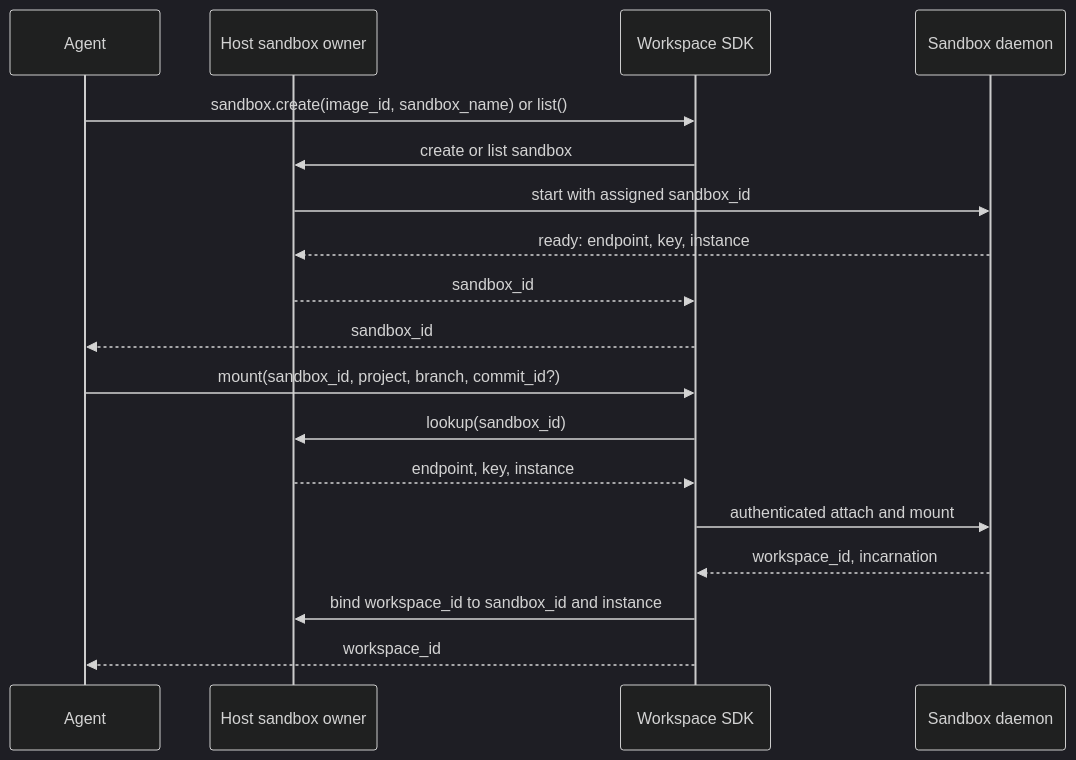
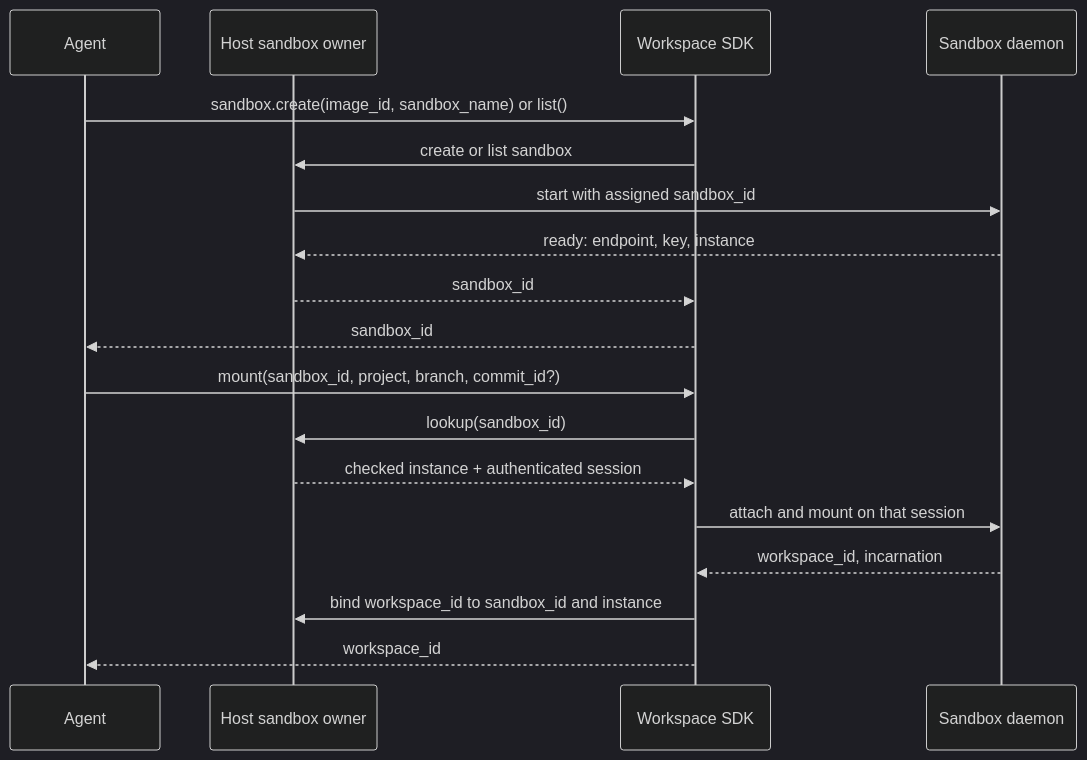
One commit to Ephemeral-AI-Lab/layerfs changed the diagram in core/docs/issues/236/sdk-implementation.md. Above: the diagram before and after it, drawn with Mermaid (dark theme). The commit also changed other lines of this file and 4 other files, not shown here.

First line of the commit message:
perf(core): reuse checked control session for Workspace calls

````diff
--- a/core/docs/issues/236/sdk-implementation.md
+++ b/core/docs/issues/236/sdk-implementation.md
@@ -60,20 +63,20 @@
 ```mermaid
 sequenceDiagram
     participant Agent
     participant Owner as Host sandbox owner
     participant SDK as Workspace SDK
     participant Daemon as Sandbox daemon
     Agent->>SDK: sandbox.create(image_id, sandbox_name) or list()
     SDK->>Owner: create or list sandbox
     Owner->>Daemon: start with assigned sandbox_id
     Daemon-->>Owner: ready: endpoint, key, instance
     Owner-->>SDK: sandbox_id
     SDK-->>Agent: sandbox_id
     Agent->>SDK: mount(sandbox_id, project, branch, commit_id?)
     SDK->>Owner: lookup(sandbox_id)
-    Owner-->>SDK: endpoint, key, instance
-    SDK->>Daemon: authenticated attach and mount
+    Owner-->>SDK: checked instance + authenticated session
+    SDK->>Daemon: attach and mount on that session
     Daemon-->>SDK: workspace_id, incarnation
     SDK->>Owner: bind workspace_id to sandbox_id and instance
     SDK-->>Agent: workspace_id
 ```
````
